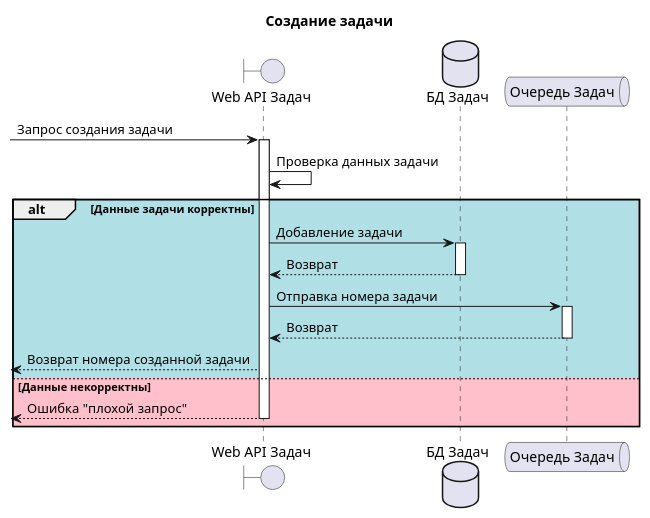
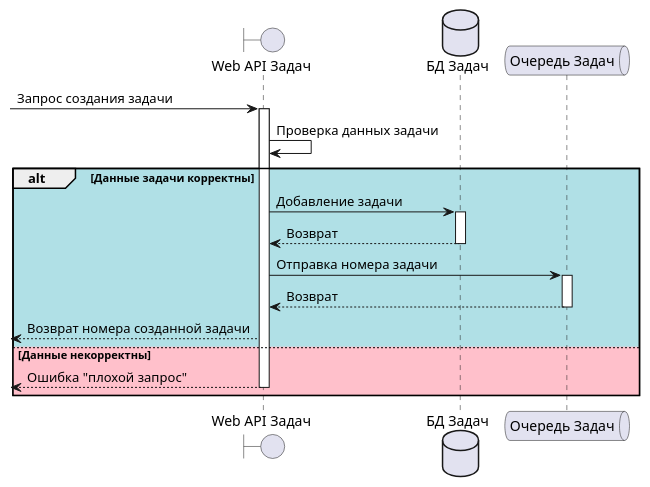
Before and after one commit to mrypdm/JobSystem: the first of 3 diagrams in docs/diagrams/sequence/Job.WebApi.puml, drawn with PlantUML. The commit also changed other lines of this file and 19 other files, not shown here.

```diff
--- a/docs/diagrams/sequence/Job.WebApi.puml
+++ b/docs/diagrams/sequence/Job.WebApi.puml
@@ -1,26 +1,24 @@
 @startuml Create Job
-
-title Создание задачи
 
 boundary "Web API Задач" as API
 database "БД Задач" as DB
 queue "Очередь Задач" as KAFKA
 
 [-> API++: Запрос создания задачи
 API -> API: Проверка данных задачи
 
 alt #PowderBlue Данные задачи корректны
 
     API -> DB++: Добавление задачи
     DB --> API--: Возврат
     API -> KAFKA++: Отправка номера задачи
     KAFKA --> API--: Возврат
     API -->[: Возврат номера созданной задачи
 
 else #Pink Данные некорректны
 
     API -->[--: Ошибка "плохой запрос"
 
 end
 
 @enduml
```
